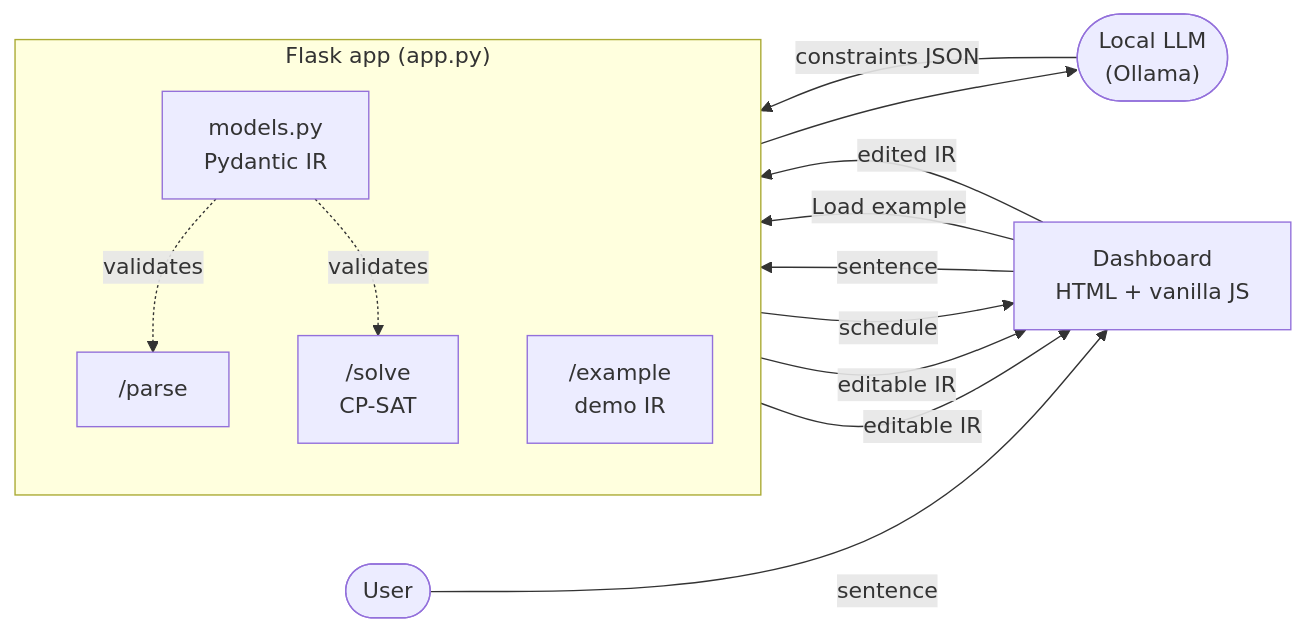
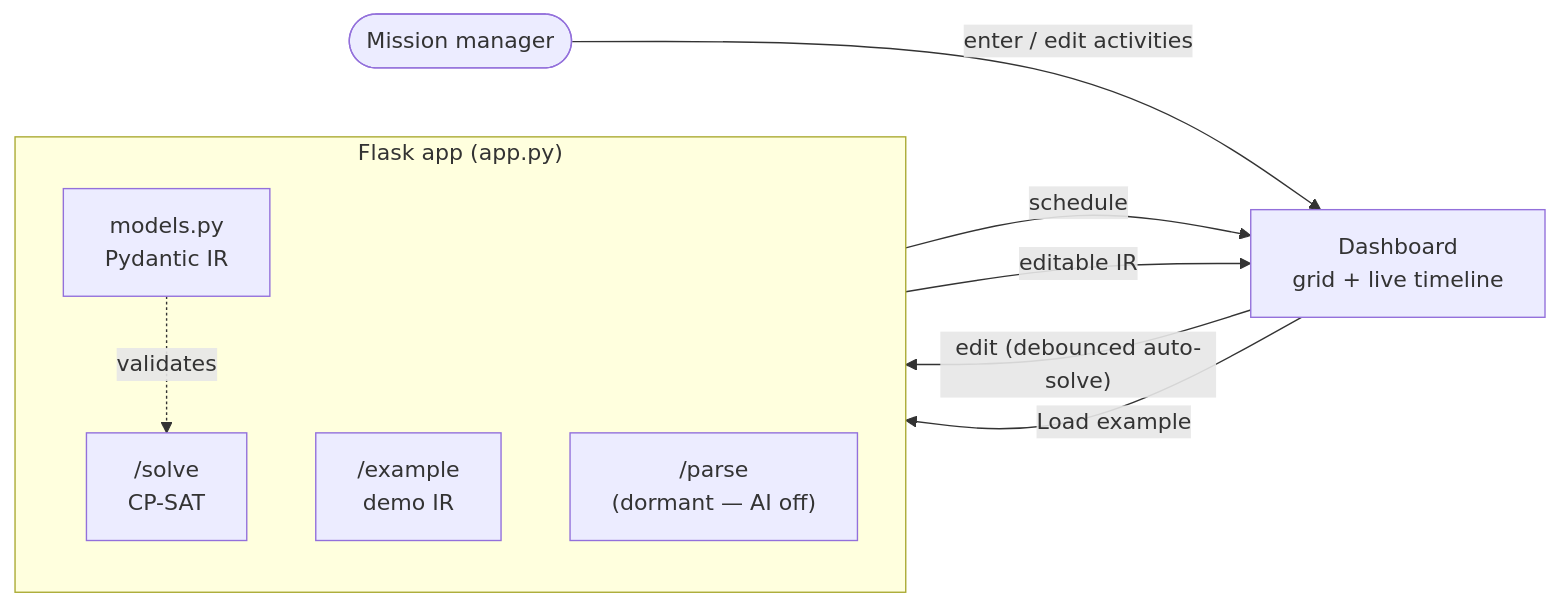
Before and after one commit to henryqpham/CP-SAT-PROJECT: the diagram in README.md, drawn with Mermaid. The commit also changed other lines of this file and 1 other file, not shown here.

````diff
--- a/README.md
+++ b/README.md
@@ -28,25 +45,16 @@
 ```mermaid
 flowchart LR
-    U(["User"]) -->|sentence| FE["Dashboard<br/>HTML + vanilla JS"]
+    U(["Mission manager"]) -->|enter / edit activities| FE["Dashboard<br/>grid + live timeline"]
 
     subgraph FLASK["Flask app (app.py)"]
         direction TB
-        PARSE["/parse"]
         SOLVE["/solve<br/>CP-SAT"]
         EXAMPLE["/example<br/>demo IR"]
         MODELS["models.py<br/>Pydantic IR"]
+        PARSE["/parse<br/>(dormant — AI off)"]
     end
 
-    LLM(["Local LLM<br/>(Ollama)"])
-
-    FE -->|sentence| PARSE
-    PARSE --> LLM
-    LLM -->|constraints JSON| PARSE
-    PARSE -->|editable IR| FE
-    FE -->|"Load example"| EXAMPLE
-    EXAMPLE -->|editable IR| FE
-    FE -->|edited IR| SOLVE
-    SOLVE -->|schedule| FE
-    MODELS -.validates.-> PARSE
+    FE -->|"edit (debounced auto-solve)"| SOLVE -->|schedule| FE
+    FE -->|"Load example"| EXAMPLE -->|editable IR| FE
     MODELS -.validates.-> SOLVE
 ```
````
